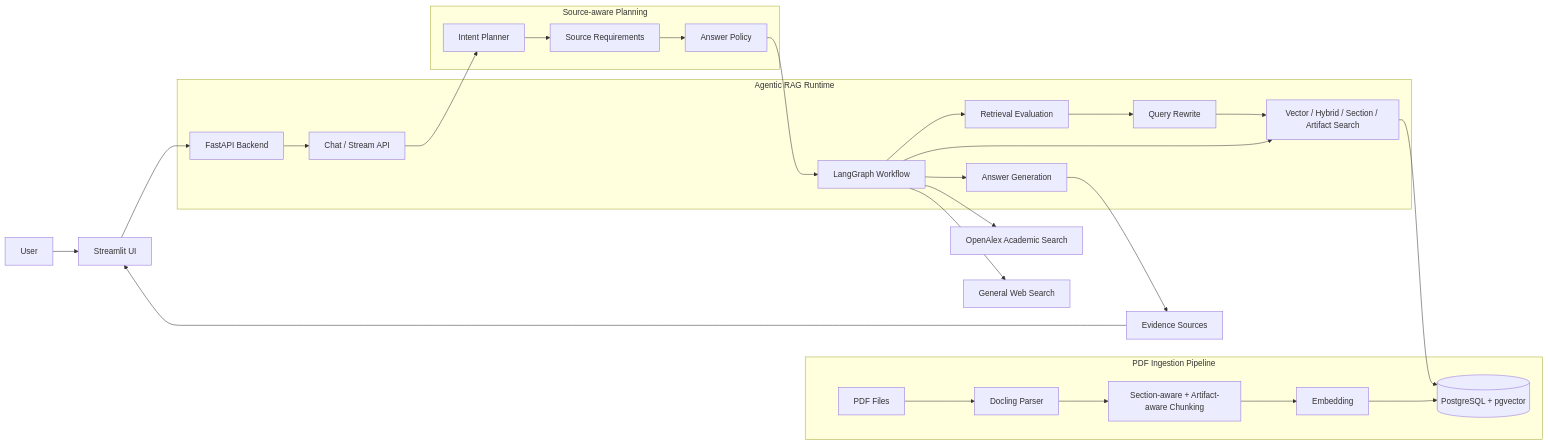
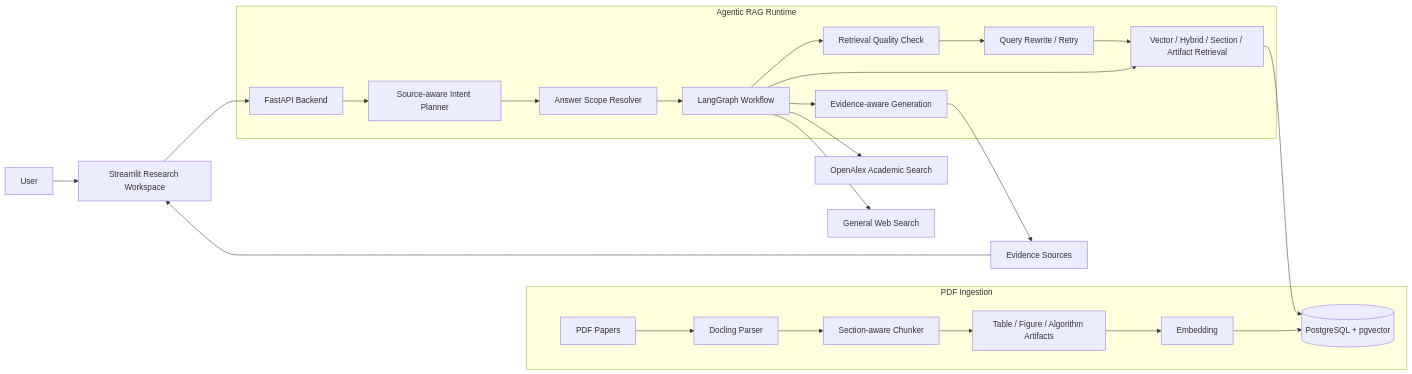
The first of 3 diagrams in README.md (zebir-sir/agentic-rag-paper-assistant), drawn with Mermaid before and after one commit. The commit also changed other lines of this file and 77 other files, not shown here.

````diff
--- a/README.md
+++ b/README.md
@@ -157,37 +86,30 @@
 ```mermaid
 flowchart LR
-    User[User] --> UI[Streamlit UI]
+    User[User] --> UI[Streamlit Research Workspace]
     UI --> API[FastAPI Backend]
 
-    subgraph Ingestion[PDF Ingestion Pipeline]
-        PDF[PDF Files] --> Docling[Docling Parser]
-        Docling --> Chunker[Section-aware + Artifact-aware Chunking]
-        Chunker --> Embed[Embedding]
-        Embed --> DB[(PostgreSQL + pgvector)]
-    end
-
-    subgraph Planning[Source-aware Planning]
-        Planner[Intent Planner]
-        SourceReq[Source Requirements]
-        Policy[Answer Policy]
-        Planner --> SourceReq
-        SourceReq --> Policy
+    subgraph Ingestion[PDF Ingestion]
+        PDF[PDF Papers] --> Docling[Docling Parser]
+        Docling --> Chunker[Section-aware Chunker]
+        Chunker --> Artifact[Table / Figure / Algorithm Artifacts]
+        Artifact --> Embed[Embedding]
+        Embed --> Store[(PostgreSQL + pgvector)]
     end
 
     subgraph Runtime[Agentic RAG Runtime]
-        API --> Chat[Chat / Stream API]
-        Chat --> Planner
-        Policy --> Graph[LangGraph Workflow]
-        Graph --> Search[Vector / Hybrid / Section / Artifact Search]
-        Search --> DB
-        Graph --> Eval[Retrieval Evaluation]
-        Eval --> Rewrite[Query Rewrite]
-        Rewrite --> Search
-        Graph --> Answer[Answer Generation]
+        API --> Planner[Source-aware Intent Planner]
+        Planner --> Scope[Answer Scope Resolver]
+        Scope --> Graph[LangGraph Workflow]
+        Graph --> Local[Vector / Hybrid / Section / Artifact Retrieval]
+        Local --> Store
+        Graph --> Quality[Retrieval Quality Check]
+        Quality --> Rewrite[Query Rewrite / Retry]
+        Rewrite --> Local
+        Graph --> Generate[Evidence-aware Generation]
     end
 
     Graph --> OpenAlex[OpenAlex Academic Search]
     Graph --> Web[General Web Search]
-    Answer --> Sources[Evidence Sources]
+    Generate --> Sources[Evidence Sources]
     Sources --> UI
 ```
````
